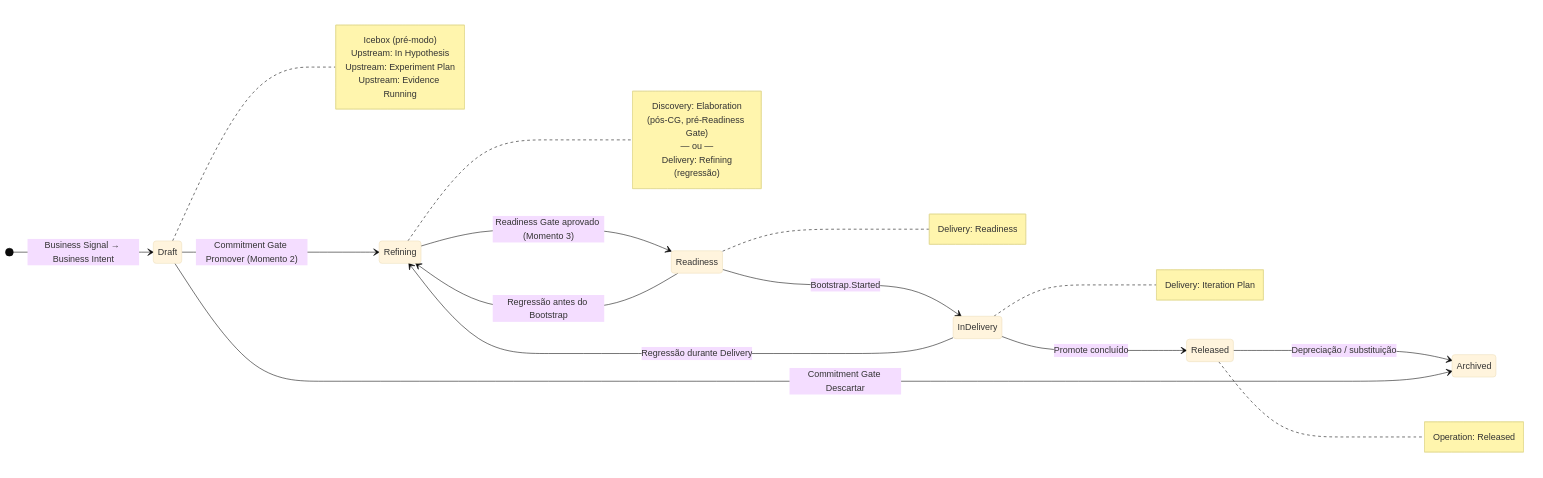
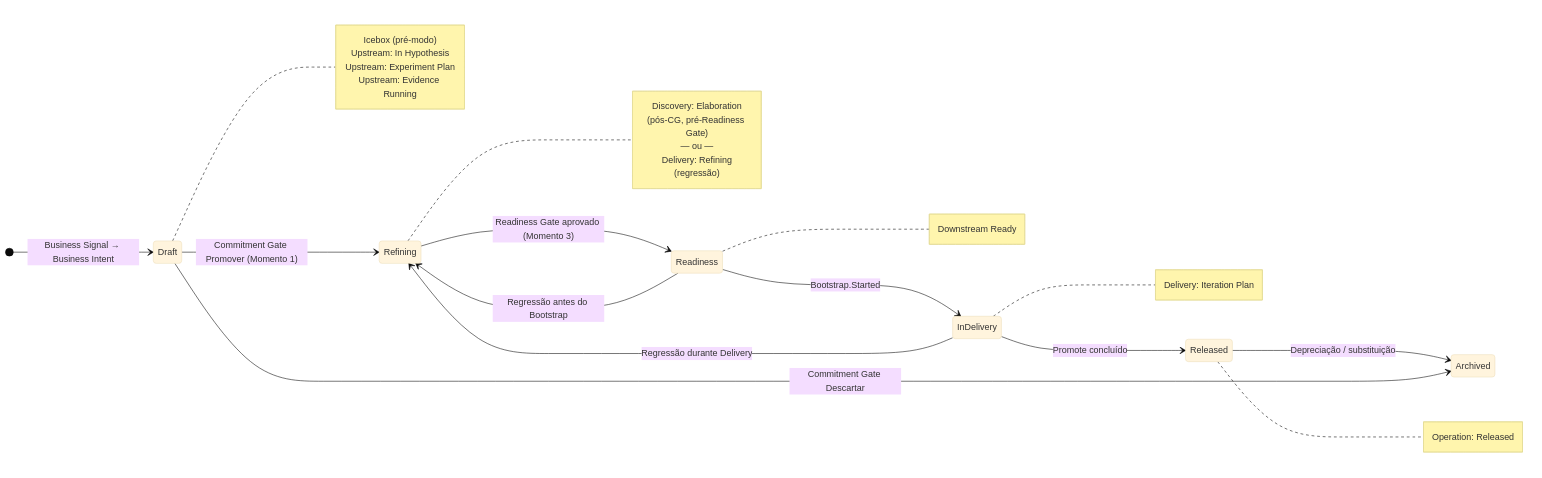
The fourth of 4 diagrams in capitulo-03.md (produtoreativo/from-intent-to-outcome), drawn with Mermaid (base theme) before and after one commit. The commit also changed other lines of this file and 17 other files, not shown here.

````diff
--- a/capitulo-03.md
+++ b/capitulo-03.md
@@ -225,36 +225,36 @@
 ```mermaid
 stateDiagram-v2
     direction LR
     [*] --> Draft : Business Signal → Business Intent
-    Draft --> Refining : Commitment Gate Promover (Momento 2)
+    Draft --> Refining : Commitment Gate Promover (Momento 1)
     Refining --> Readiness : Readiness Gate aprovado (Momento 3)
     Readiness --> InDelivery : Bootstrap.Started
     InDelivery --> Released : Promote concluído
     Released --> Archived : Depreciação / substituição
     Draft --> Archived : Commitment Gate Descartar
     Readiness --> Refining : Regressão antes do Bootstrap
     InDelivery --> Refining : Regressão durante Delivery
 
     note right of Draft
         Icebox (pré-modo)
         Upstream: In Hypothesis
         Upstream: Experiment Plan
         Upstream: Evidence Running
     end note
     note right of Refining
         Discovery: Elaboration
         (pós-CG, pré-Readiness Gate)
         — ou —
         Delivery: Refining
         (regressão)
     end note
     note right of Readiness
-        Delivery: Readiness
+        Downstream Ready
     end note
     note right of InDelivery
         Delivery: Iteration Plan
     end note
     note right of Released
         Operation: Released
     end note
 ```
````
